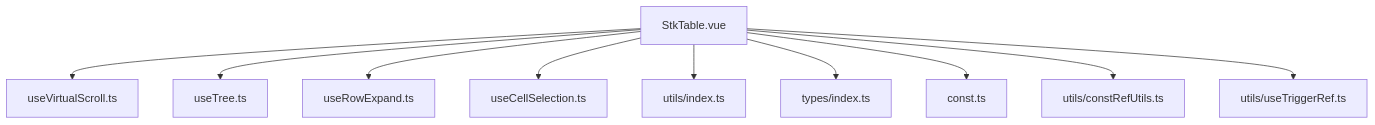
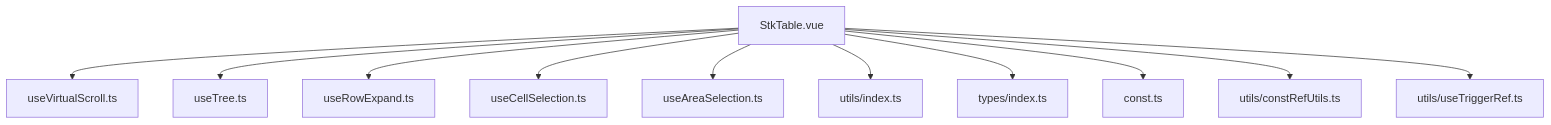
One commit to ja-plus/stk-table-vue changed the first of 8 diagrams in .qoder/repowiki/en/content/Core Concepts/Data Binding and Reactive Architecture.md. Above: the diagram before and after it, drawn with Mermaid. The commit also changed other lines of this file and 4 other files, not shown here.

````diff
--- a/.qoder/repowiki/en/content/Core Concepts/Data Binding and Reactive Architecture.md
+++ b/.qoder/repowiki/en/content/Core Concepts/Data Binding and Reactive Architecture.md
@@ -51,22 +61,24 @@
 ```mermaid
 graph TB
 STK["StkTable.vue"]
 VIRT["useVirtualScroll.ts"]
 TREE["useTree.ts"]
 ROWEXP["useRowExpand.ts"]
 CELLSEL["useCellSelection.ts"]
+AREASEL["useAreaSelection.ts"]
 UTILS["utils/index.ts"]
 TYPES["types/index.ts"]
 CONST["const.ts"]
 CREF["utils/constRefUtils.ts"]
 TRIG["utils/useTriggerRef.ts"]
 STK --> VIRT
 STK --> TREE
 STK --> ROWEXP
 STK --> CELLSEL
+STK --> AREASEL
 STK --> UTILS
 STK --> TYPES
 STK --> CONST
 STK --> CREF
 STK --> TRIG
 ```
````
